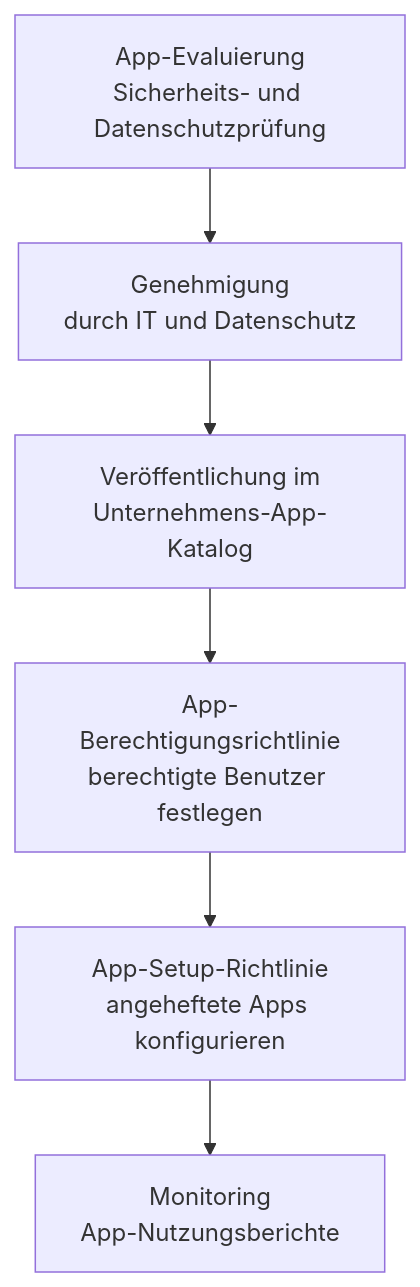
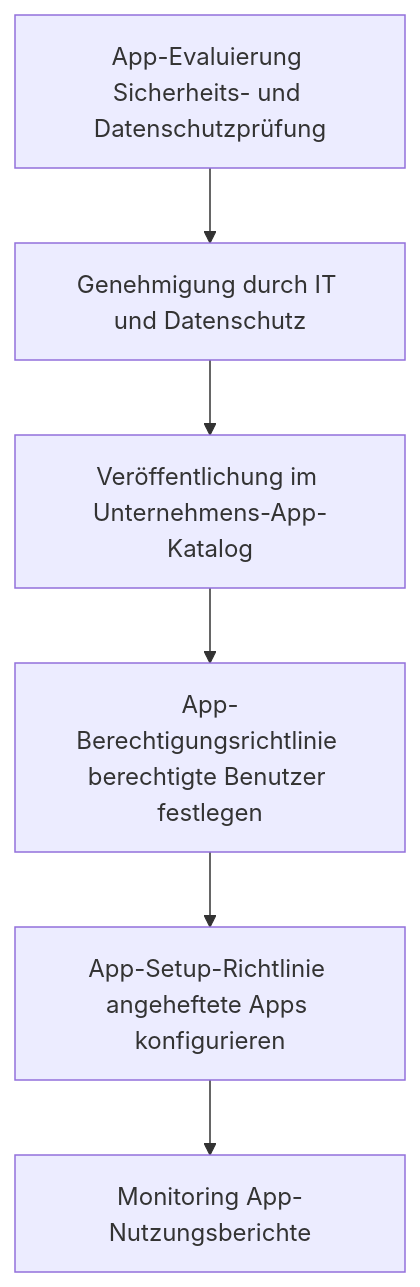
One commit to SoniiiT/notes-n-docs changed the second of 2 diagrams in Microsoft 365/Teams/Teams Apps und Bots.md. Above: the diagram before and after it, drawn with Mermaid. The commit also changed other lines of this file and 124 other files, not shown here.

First line of the commit message:
fix: Entferne \n aus allen Mermaid-Diagrammen (125 Dateien)

````diff
--- a/Microsoft 365/Teams/Teams Apps und Bots.md
+++ b/Microsoft 365/Teams/Teams Apps und Bots.md
@@ -278,8 +278,8 @@
 ```mermaid
 graph TD
-    EVAL[App-Evaluierung\nSicherheits- und Datenschutzprüfung] --> APPROVE[Genehmigung\ndurch IT und Datenschutz]
-    APPROVE --> CATALOG[Veröffentlichung im\nUnternehmens-App-Katalog]
-    CATALOG --> POLICY[App-Berechtigungsrichtlinie\nberechtigte Benutzer festlegen]
-    POLICY --> SETUP[App-Setup-Richtlinie\nangeheftete Apps konfigurieren]
-    SETUP --> MONITOR[Monitoring\nApp-Nutzungsberichte]
+    EVAL[App-Evaluierung Sicherheits- und Datenschutzprüfung] --> APPROVE[Genehmigung durch IT und Datenschutz]
+    APPROVE --> CATALOG[Veröffentlichung im Unternehmens-App-Katalog]
+    CATALOG --> POLICY[App-Berechtigungsrichtlinie berechtigte Benutzer festlegen]
+    POLICY --> SETUP[App-Setup-Richtlinie angeheftete Apps konfigurieren]
+    SETUP --> MONITOR[Monitoring App-Nutzungsberichte]
 ```
````
